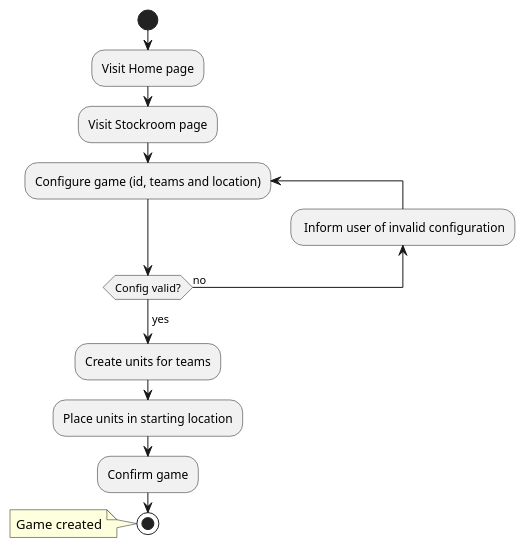
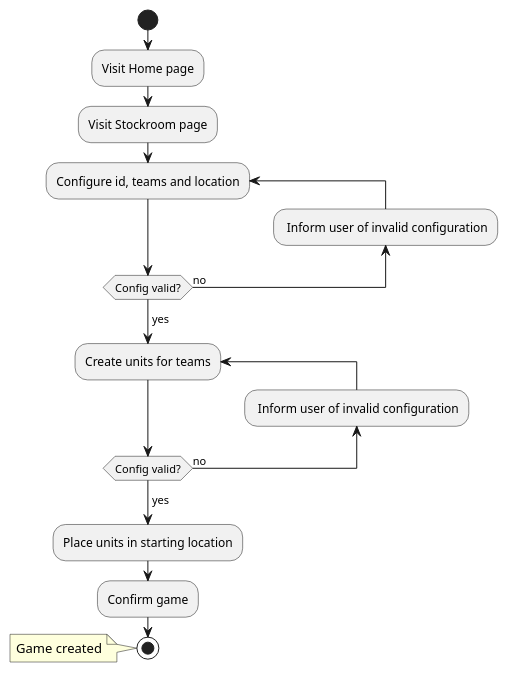
One commit to jcmvrij/c2app changed the diagram in packages/gui/doc/activity_diagrams/create-game.plantuml. Above: the diagram before and after it, drawn with PlantUML. The commit also changed 4 other files, not shown here.

Commit message:
updates activity diagrams + added JSON data in plantUML

```diff
--- a/packages/gui/doc/activity_diagrams/create-game.plantuml
+++ b/packages/gui/doc/activity_diagrams/create-game.plantuml
@@ -2,17 +2,21 @@
 @startuml Create game
 start
 :Visit Home page;
 :Visit Stockroom page;
 
-repeat :Configure game (id, teams and location);
+repeat :Configure id, teams and location;
 backward: Inform user of invalid configuration;
 repeat while (Config valid?) is (no)
 -> yes;
 
-:Create units for teams;
+repeat :Create units for teams;
+backward: Inform user of invalid configuration;
+repeat while (Config valid?) is (no)
+-> yes;
+
 :Place units in starting location;
 :Confirm game;
 stop
 note left: Game created
 
 @enduml
```
